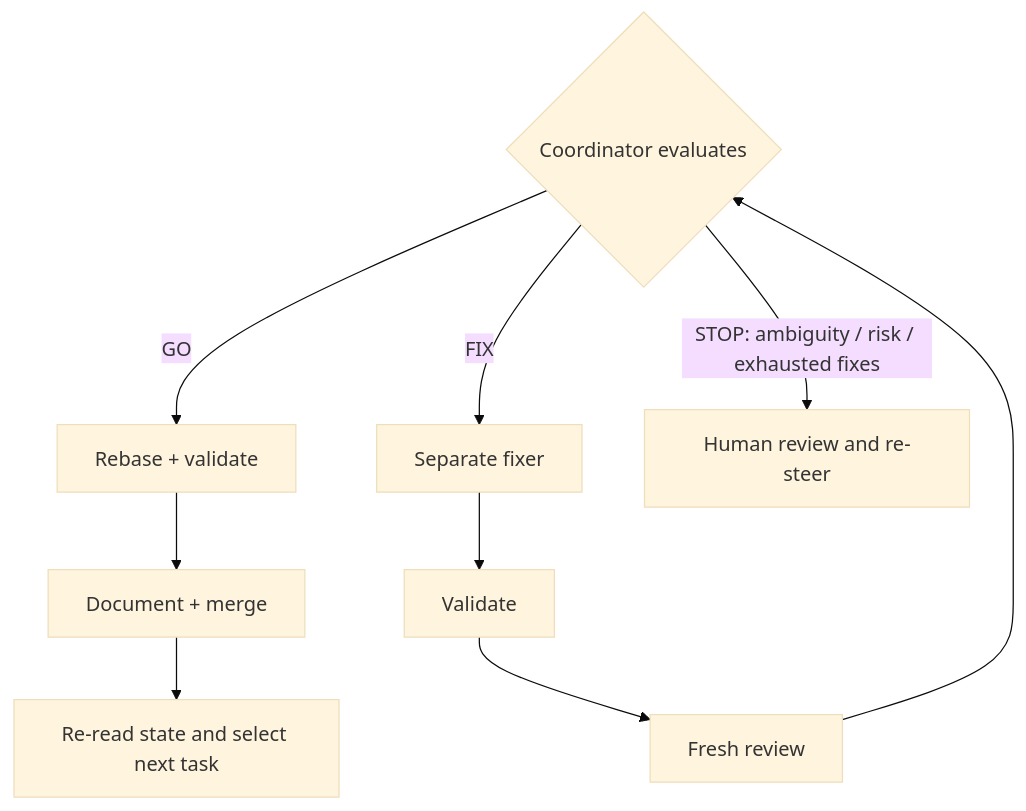
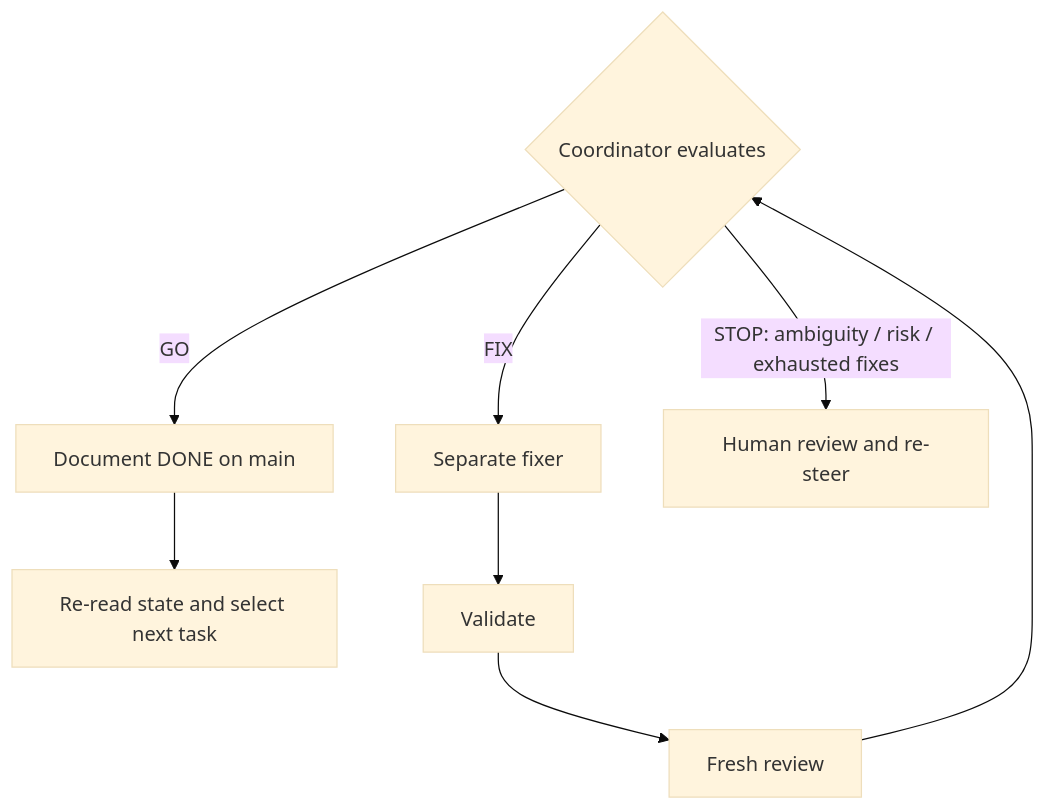
One commit to Codesai/development-with-AI changed the second of 2 diagrams in Workflows/3-dark-factory/app/docs/tea-g.md. Above: the diagram before and after it, drawn with Mermaid (base theme). The commit also changed other lines of this file and 4 other files, not shown here.

````diff
--- a/Workflows/3-dark-factory/app/docs/tea-g.md
+++ b/Workflows/3-dark-factory/app/docs/tea-g.md
@@ -34,15 +34,14 @@
 ```mermaid
 flowchart TD
     E{"Coordinator evaluates"}
 
-    E -- "GO" --> R["Rebase + validate"]
-    R --> L["Document + merge"]
+    E -- "GO" --> L["Document DONE on main"]
     L --> T["Re-read state and select next task"]
 
     E -- "FIX" --> X["Separate fixer"]
     X --> V["Validate"]
     V --> Q["Fresh review"]
     Q --> E
 
     E -- "STOP: ambiguity / risk / exhausted fixes" --> H["Human review and re-steer"]
 ```
````
